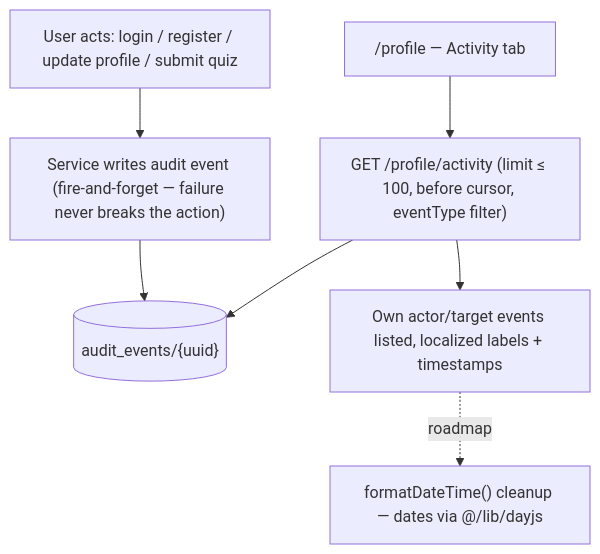
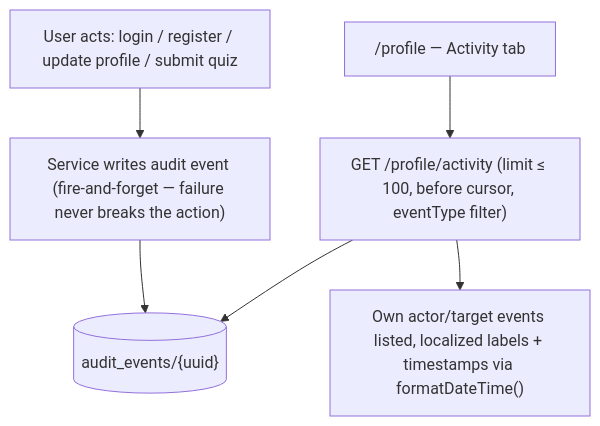
One commit to sathittham/factory-sync-solutions changed the first of 3 diagrams in docs/product/audit/user-journeys.md. Above: the diagram before and after it, drawn with Mermaid. The commit also changed other lines of this file and 15 other files, not shown here.

````diff
--- a/docs/product/audit/user-journeys.md
+++ b/docs/product/audit/user-journeys.md
@@ -24,9 +25,8 @@
 ```mermaid
 flowchart TD
     A["User acts: login / register / update profile / submit quiz"] --> B["Service writes audit event (fire-and-forget — failure never breaks the action)"]
     B --> C[("audit_events/{uuid}")]
     D["/profile — Activity tab"] --> E["GET /profile/activity (limit ≤ 100, before cursor, eventType filter)"]
     E --> C
-    E --> F["Own actor/target events listed, localized labels + timestamps"]
-    F -.->|roadmap| G["formatDateTime() cleanup — dates via @/lib/dayjs"]
+    E --> F["Own actor/target events listed, localized labels + timestamps via formatDateTime()"]
 ```
````
